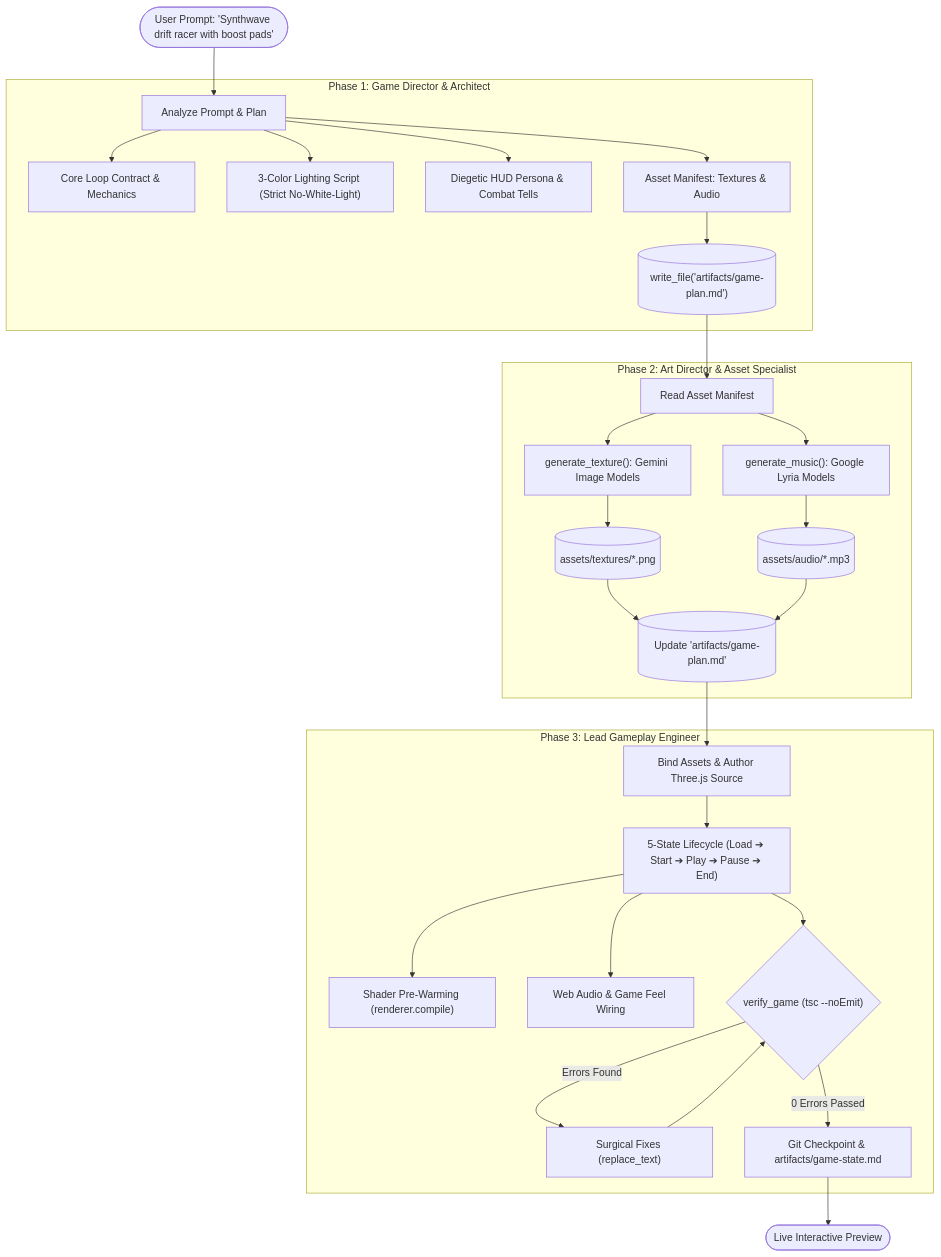
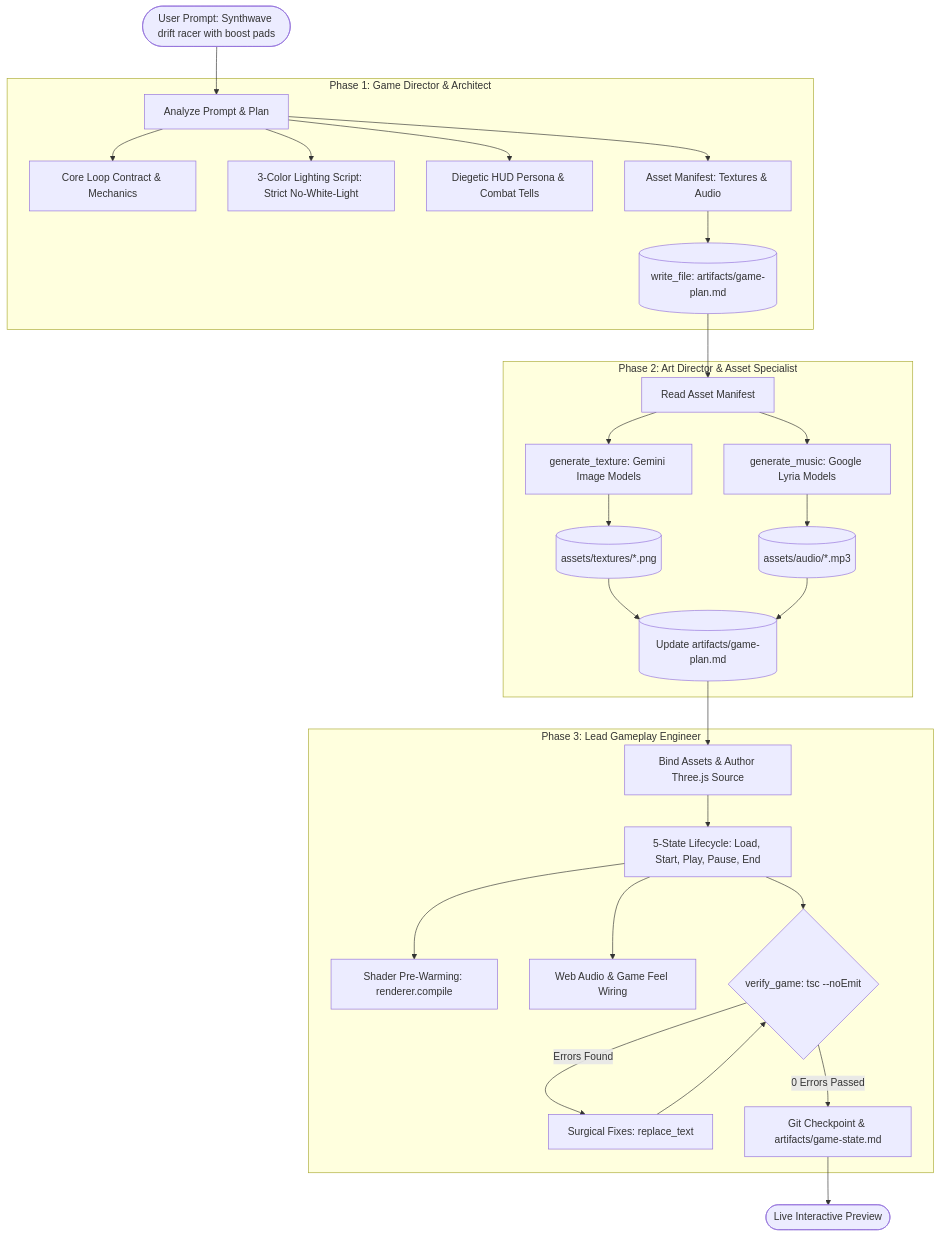
Before and after one commit to karan74jaiswal/gamebox: the first of 3 diagrams in README.md, drawn with Mermaid. The commit also changed other lines of this file, not shown here.

Commit message:
fix(docs): resolve GitHub Mermaid diagram parse errors

````diff
--- a/README.md
+++ b/README.md
@@ -112,35 +112,37 @@
 ```mermaid
 flowchart TD
-    User([User Prompt: 'Synthwave drift racer with boost pads']) --> Phase1
+    User(["User Prompt: Synthwave drift racer with boost pads"]) --> Phase1
     
     subgraph P1 ["Phase 1: Game Director & Architect"]
-        Phase1[Analyze Prompt & Plan] --> LoopContract["Core Loop Contract & Mechanics"]
-        Phase1 --> Lighting["3-Color Lighting Script (Strict No-White-Light)"]
+        Phase1["Analyze Prompt & Plan"] --> LoopContract["Core Loop Contract & Mechanics"]
+        Phase1 --> Lighting["3-Color Lighting Script: Strict No-White-Light"]
         Phase1 --> HUDTheme["Diegetic HUD Persona & Combat Tells"]
         Phase1 --> Manifest["Asset Manifest: Textures & Audio"]
-        Manifest --> WritePlan[("write_file('artifacts/game-plan.md')")]
+        Manifest --> WritePlan[("write_file: artifacts/game-plan.md")]
     end
     
     WritePlan --> Phase2
     
     subgraph P2 ["Phase 2: Art Director & Asset Specialist"]
-        Phase2[Read Asset Manifest] --> GenTex["generate_texture(): Gemini Image Models"]
-        Phase2 --> GenAudio["generate_music(): Google Lyria Models"]
+        Phase2["Read Asset Manifest"] --> GenTex["generate_texture: Gemini Image Models"]
+        Phase2 --> GenAudio["generate_music: Google Lyria Models"]
         GenTex --> SaveTex[("assets/textures/*.png")]
         GenAudio --> SaveAudio[("assets/audio/*.mp3")]
-        SaveTex & SaveAudio --> UpdatePlan[("Update 'artifacts/game-plan.md'")]
+        SaveTex --> UpdatePlan[("Update artifacts/game-plan.md")]
+        SaveAudio --> UpdatePlan
     end
     
     UpdatePlan --> Phase3
     
     subgraph P3 ["Phase 3: Lead Gameplay Engineer"]
-        Phase3[Bind Assets & Author Three.js Source] --> Lifecycle["5-State Lifecycle (Load ➔ Start ➔ Play ➔ Pause ➔ End)"]
-        Lifecycle --> ShaderWarm["Shader Pre-Warming (renderer.compile)"]
+        Phase3["Bind Assets & Author Three.js Source"] --> Lifecycle["5-State Lifecycle: Load, Start, Play, Pause, End"]
+        Lifecycle --> ShaderWarm["Shader Pre-Warming: renderer.compile"]
         Lifecycle --> SoundRig["Web Audio & Game Feel Wiring"]
-        Lifecycle --> VerifyCheck{"verify_game (tsc --noEmit)"}
-        VerifyCheck -- "Errors Found" --> SurgFix["Surgical Fixes (replace_text)"] --> VerifyCheck
+        Lifecycle --> VerifyCheck{"verify_game: tsc --noEmit"}
+        VerifyCheck -- "Errors Found" --> SurgFix["Surgical Fixes: replace_text"]
+        SurgFix --> VerifyCheck
         VerifyCheck -- "0 Errors Passed" --> CommitGit["Git Checkpoint & artifacts/game-state.md"]
     end
     
-    CommitGit --> LivePreview([Live Interactive Preview])
+    CommitGit --> LivePreview(["Live Interactive Preview"])
 ```
````
